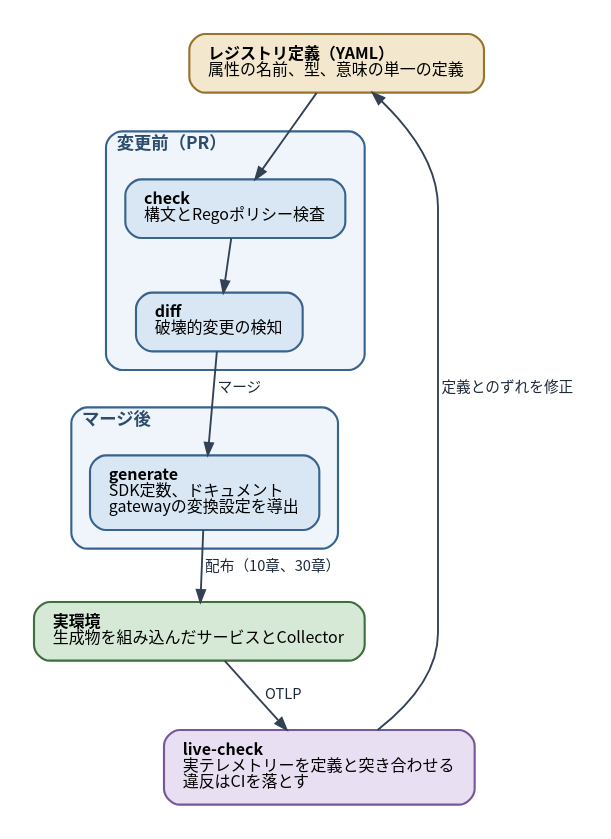
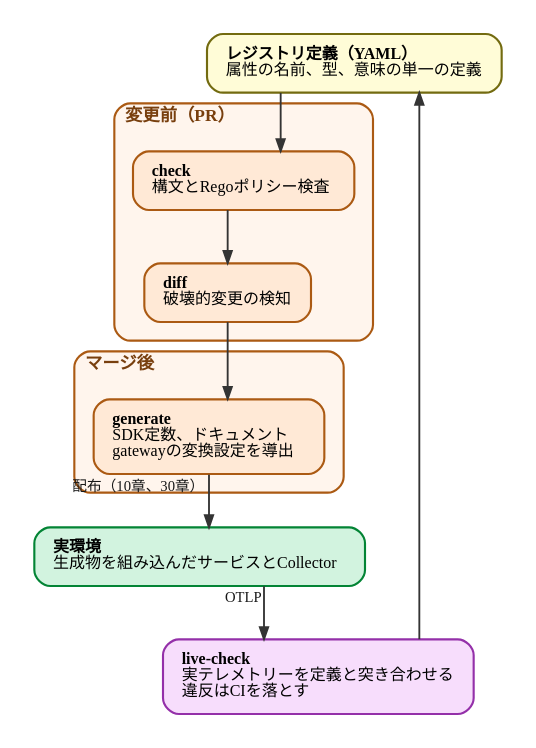
The diagram in diagrams/observability-platform-with-otel/20260926-weaver-loop.dot (ymotongpoo/zenn.dev), drawn with Graphviz before and after one commit. The commit also changed 33 other files, not shown here.

First line of the commit message:
fix(otel-platform): 図16枚を book-diagram-graphviz の規範へ移行する

```diff
--- a/diagrams/observability-platform-with-otel/20260926-weaver-loop.dot
+++ b/diagrams/observability-platform-with-otel/20260926-weaver-loop.dot
@@ -1,47 +1,52 @@
 // Weaverによるスキーマ管理の循環
 digraph weaver_loop {
   graph [
-    fontname="Harano Aji Gothic,Noto Sans CJK JP,IPAGothic", fontsize=13,
-    rankdir=TB, compound=true, splines=true,
+    fontname="IBM Plex Sans JP", fontsize=13,
+    rankdir=TB, compound=true, splines=ortho,
     nodesep=0.5, ranksep=0.55, pad=0.25,
     bgcolor="white", newrank=true
   ];
   node [
-    fontname="Harano Aji Gothic,Noto Sans CJK JP,IPAGothic", fontsize=12,
+    fontname="IBM Plex Sans JP", fontsize=12,
     shape=box, style="rounded,filled",
-    fillcolor="#F1F5F9", color="#475569", penwidth=1.6,
+    fillcolor="#E4E4E4", color="#4A4A4A", penwidth=1.6,
     margin="0.2,0.14"
   ];
   edge [
-    fontname="Harano Aji Gothic,Noto Sans CJK JP,IPAGothic", fontsize=11,
-    color="#334155", penwidth=1.4, arrowsize=0.9,
-    fontcolor="#1E293B"
+    fontname="IBM Plex Sans JP", fontsize=11,
+    color="#343434", penwidth=1.4, arrowsize=0.9,
+    fontcolor="#171717"
   ];
 
-  registry [label=<<b>レジストリ定義（YAML）</b><br align="left"/>属性の名前、型、意味の単一の定義<br align="left"/>>, fillcolor="#F3E8CE", color="#96742E"];
+  registry [label=<<b>レジストリ定義（YAML）</b><br align="left"/>属性の名前、型、意味の単一の定義<br align="left"/>>, fillcolor="#FFFCD7", color="#736B10"];
 
   subgraph cluster_pr {
     label=<<b>変更前（PR）</b>>;
     labeljust="l"; style="rounded"; penwidth=1.6;
-    color="#38638F"; bgcolor="#EFF5FB"; fontcolor="#2E4D6E"; margin=14;
-    check [label=<<b>check</b><br align="left"/>構文とRegoポリシー検査<br align="left"/>>, fillcolor="#D9E7F4", color="#38638F"];
-    diff [label=<<b>diff</b><br align="left"/>破壊的変更の検知<br align="left"/>>, fillcolor="#D9E7F4", color="#38638F"];
+    color="#AB5A13"; bgcolor="#FFF5ED"; fontcolor="#783F0E"; margin=14;
+    check [label=<<b>check</b><br align="left"/>構文とRegoポリシー検査<br align="left"/>>, fillcolor="#FFE9D6", color="#AB5A13"];
+    diff [label=<<b>diff</b><br align="left"/>破壊的変更の検知<br align="left"/>>, fillcolor="#FFE9D6", color="#AB5A13"];
   }
 
   subgraph cluster_merge {
     label=<<b>マージ後</b>>;
     labeljust="l"; style="rounded"; penwidth=1.6;
-    color="#38638F"; bgcolor="#EFF5FB"; fontcolor="#2E4D6E"; margin=14;
-    generate [label=<<b>generate</b><br align="left"/>SDK定数、ドキュメント<br align="left"/>gatewayの変換設定を導出<br align="left"/>>, fillcolor="#D9E7F4", color="#38638F"];
+    color="#AB5A13"; bgcolor="#FFF5ED"; fontcolor="#783F0E"; margin=14;
+    generate [label=<<b>generate</b><br align="left"/>SDK定数、ドキュメント<br align="left"/>gatewayの変換設定を導出<br align="left"/>>, fillcolor="#FFE9D6", color="#AB5A13"];
   }
 
-  system [label=<<b>実環境</b><br align="left"/>生成物を組み込んだサービスとCollector<br align="left"/>>, fillcolor="#D6E8D6", color="#3F6E3F"];
-  livecheck [label=<<b>live-check</b><br align="left"/>実テレメトリーを定義と突き合わせる<br align="left"/>違反はCIを落とす<br align="left"/>>, fillcolor="#E9DFF2", color="#75589C"];
+  system [label=<<b>実環境</b><br align="left"/>生成物を組み込んだサービスとCollector<br align="left"/>>, fillcolor="#D2F3DF", color="#038435"];
+  livecheck [label=<<b>live-check</b><br align="left"/>実テレメトリーを定義と突き合わせる<br align="left"/>違反はCIを落とす<br align="left"/>>, fillcolor="#F7DDFC", color="#9430A9"];
 
   registry -> check;
   check -> diff;
-  diff -> generate [label=" マージ"];
-  generate -> system [label=" 配布（10章、30章）"];
-  system -> livecheck [label=" OTLP"];
-  livecheck -> registry [label=" 定義とのずれを修正"];
+  // 「マージ」はクラスタ名（変更前（PR）→ マージ後）とキャプションが担う。
+  // ここに置くと、左を回る livecheck -> registry のラベルと隣接して
+  // 「定義とのずれを修正マージ」と一続きに読めてしまう。
+  diff -> generate;
+  generate -> system [xlabel=" 配布（10章、30章）"];
+  system -> livecheck [xlabel=" OTLP"];
+  // 戻りの意味はキャプション（検出した違反をレジストリの変更へ反映する）が
+  // 述べている。この辺はクラスタの右脇を通るので、ラベルを置くと枠線に乗る。
+  livecheck -> registry;
 }
```
